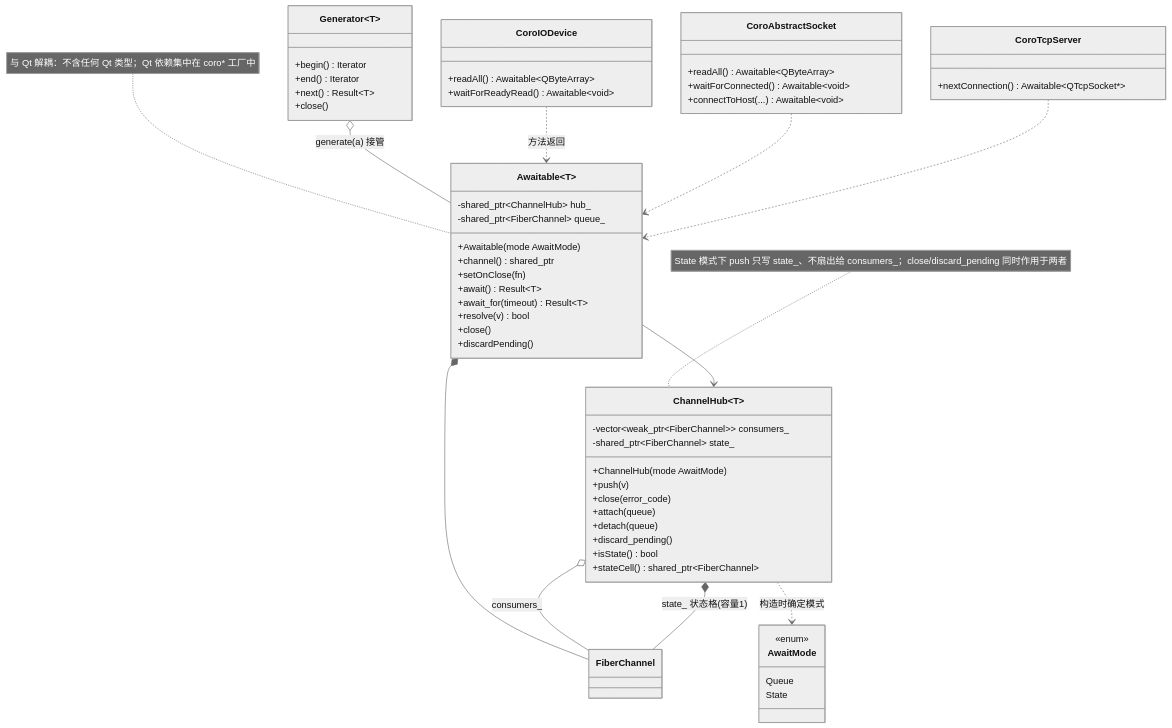
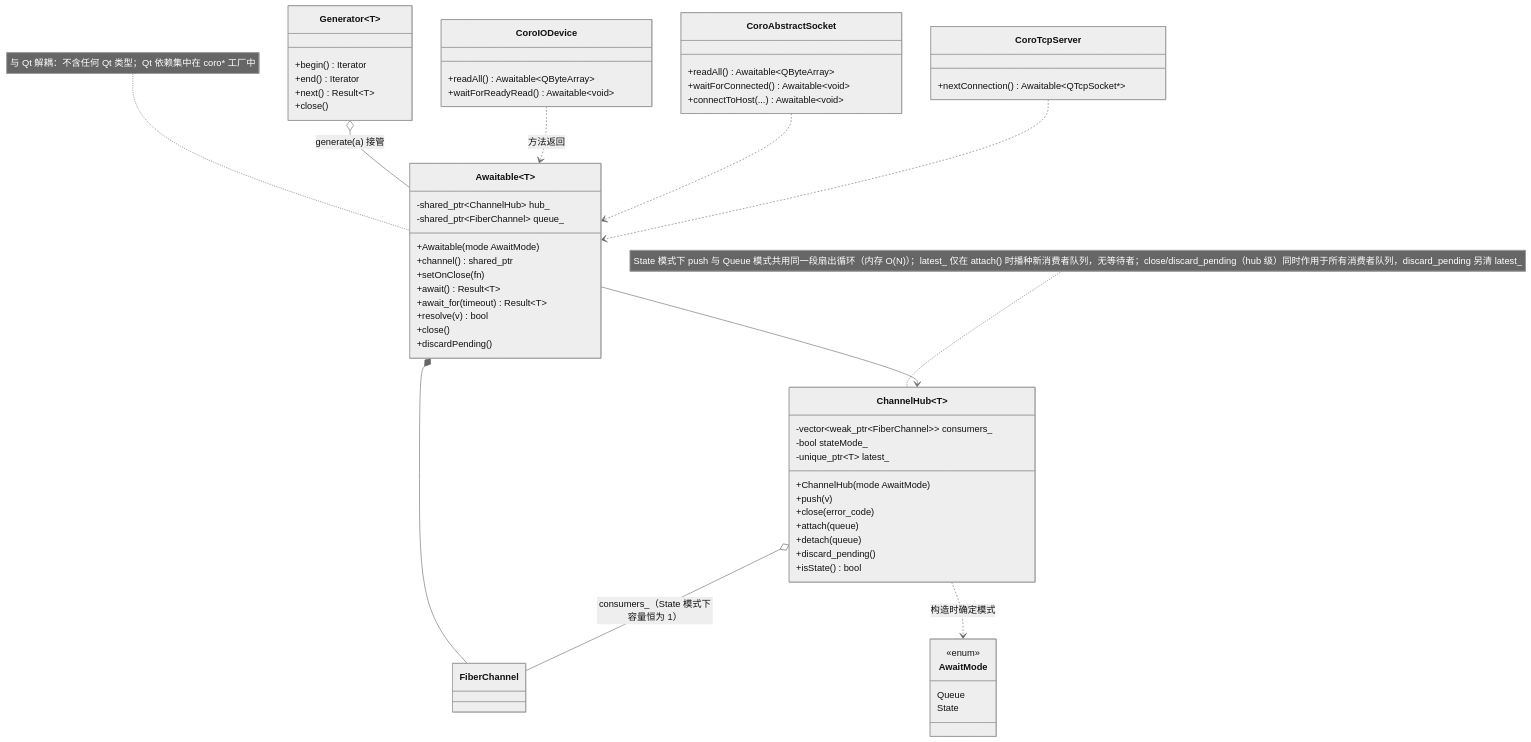
Before and after one commit to Ste7an-cs/AsyncTask: the fifth of 9 diagrams in doc/类图与时序图.md, drawn with Mermaid (neutral theme). The commit also changed 7 other files, not shown here.

````diff
--- a/doc/类图与时序图.md
+++ b/doc/类图与时序图.md
@@ -180,62 +180,61 @@
 ```mermaid
 classDiagram
     class AwaitMode {
         <<enum>>
         Queue
         State
     }
     class Awaitable~T~ {
         -shared_ptr~ChannelHub~ hub_
         -shared_ptr~FiberChannel~ queue_
         +Awaitable(mode AwaitMode)
         +channel() shared_ptr
         +setOnClose(fn)
         +await() Result~T~
         +await_for(timeout) Result~T~
         +resolve(v) bool
         +close()
         +discardPending()
     }
     class ChannelHub~T~ {
         +ChannelHub(mode AwaitMode)
         +push(v)
         +close(error_code)
         +attach(queue)
         +detach(queue)
         +discard_pending()
         +isState() bool
-        +stateCell() shared_ptr~FiberChannel~
         -vector~weak_ptr~FiberChannel~~ consumers_
-        -shared_ptr~FiberChannel~ state_
+        -bool stateMode_
+        -unique_ptr~T~ latest_
     }
     class Generator~T~ {
         +begin() Iterator
         +end() Iterator
         +next() Result~T~
         +close()
     }
     class CoroIODevice {
         +readAll() Awaitable~QByteArray~
         +waitForReadyRead() Awaitable~void~
     }
     class CoroAbstractSocket {
         +readAll() Awaitable~QByteArray~
         +waitForConnected() Awaitable~void~
         +connectToHost(...) Awaitable~void~
     }
     class CoroTcpServer {
         +nextConnection() Awaitable~QTcpSocket*~
     }
 
     Awaitable --> ChannelHub
     Awaitable *-- FiberChannel
-    ChannelHub o-- FiberChannel : consumers_
-    ChannelHub *-- FiberChannel : state_ 状态格(容量1)
+    ChannelHub o-- FiberChannel : consumers_（State 模式下容量恒为 1）
     ChannelHub ..> AwaitMode : 构造时确定模式
     Generator o-- Awaitable : generate(a) 接管
     CoroIODevice ..> Awaitable : 方法返回
     CoroAbstractSocket ..> Awaitable
     CoroTcpServer ..> Awaitable
     note for Awaitable "与 Qt 解耦：不含任何 Qt 类型；Qt 依赖集中在 coro* 工厂中"
-    note for ChannelHub "State 模式下 push 只写 state_、不扇出给 consumers_；close/discard_pending 同时作用于两者"
+    note for ChannelHub "State 模式下 push 与 Queue 模式共用同一段扇出循环（内存 O(N)）；latest_ 仅在 attach() 时播种新消费者队列，无等待者；close/discard_pending（hub 级）同时作用于所有消费者队列，discard_pending 另清 latest_"
 ```
````
